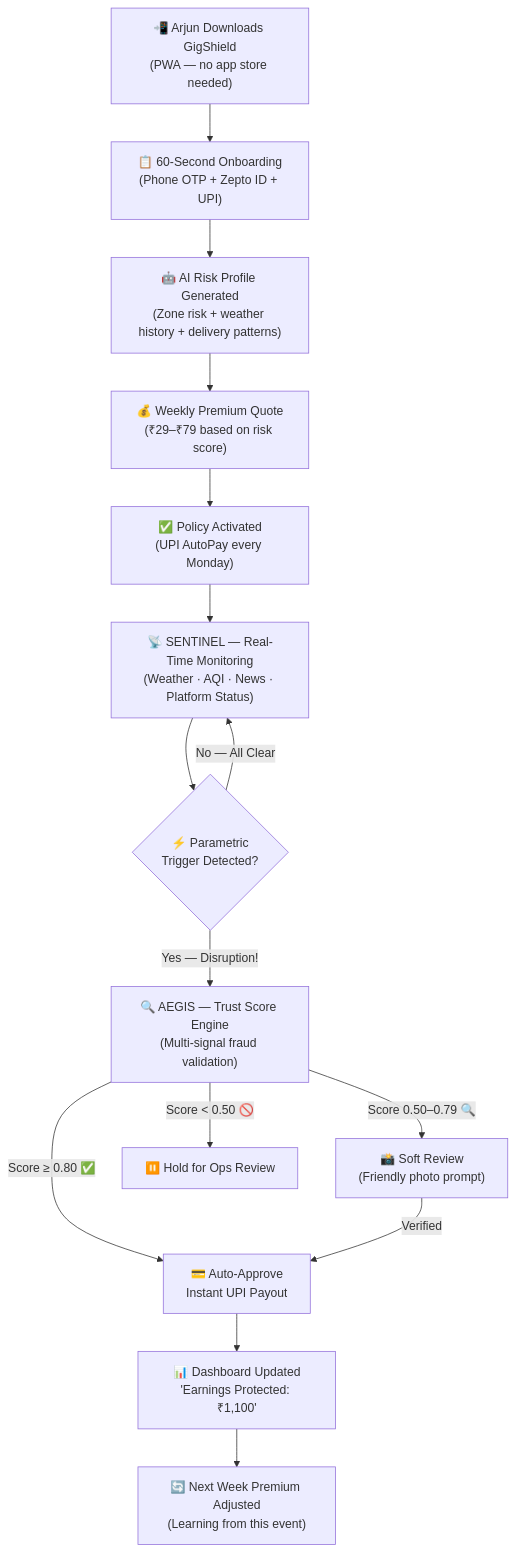
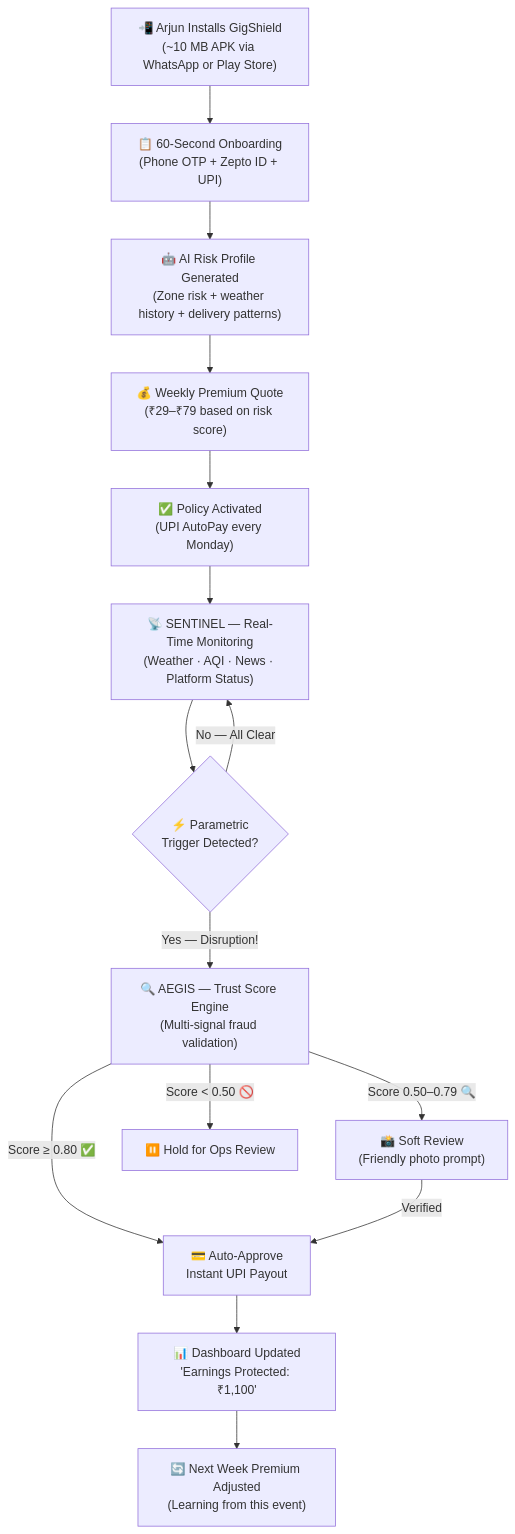
Before and after one commit to rox-dev6/gw: the first of 8 diagrams in README.md, drawn with Mermaid. The commit also changed other lines of this file, not shown here.

````diff
--- a/README.md
+++ b/README.md
@@ -153,19 +153,19 @@
 ```mermaid
 flowchart TD
-    A["📲 Arjun Downloads GigShield\n(PWA — no app store needed)"] --> B["📋 60-Second Onboarding\n(Phone OTP + Zepto ID + UPI)"]
+    A["📲 Arjun Installs GigShield\n(~10 MB APK via WhatsApp or Play Store)"] --> B["📋 60-Second Onboarding\n(Phone OTP + Zepto ID + UPI)"]
     B --> C["🤖 AI Risk Profile Generated\n(Zone risk + weather history + delivery patterns)"]
     C --> D["💰 Weekly Premium Quote\n(₹29–₹79 based on risk score)"]
     D --> E["✅ Policy Activated\n(UPI AutoPay every Monday)"]
     E --> F["📡 SENTINEL — Real-Time Monitoring\n(Weather · AQI · News · Platform Status)"]
 
     F --> G{"⚡ Parametric\nTrigger Detected?"}
     G -->|"No — All Clear"| F
     G -->|"Yes — Disruption!"| H["🔍 AEGIS — Trust Score Engine\n(Multi-signal fraud validation)"]
 
     H -->|"Score ≥ 0.80 ✅"| I["💳 Auto-Approve\nInstant UPI Payout"]
     H -->|"Score 0.50–0.79 🔍"| J["📸 Soft Review\n(Friendly photo prompt)"]
     H -->|"Score < 0.50 🚫"| K["⏸️ Hold for Ops Review"]
     J -->|"Verified"| I
     I --> L["📊 Dashboard Updated\n'Earnings Protected: ₹1,100'"]
     L --> M["🔄 Next Week Premium Adjusted\n(Learning from this event)"]
 ```
````
